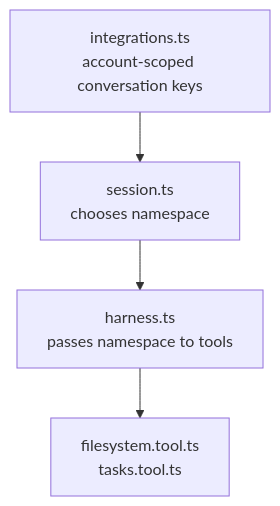
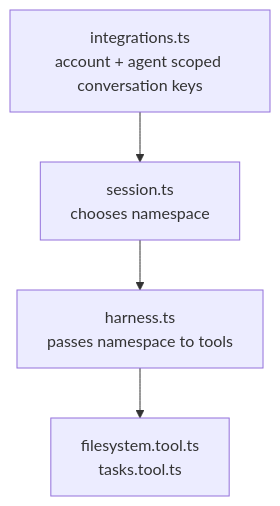
The sixth of 6 diagrams in docs/memory-and-session.md (beeblastco/broods), drawn with Mermaid before and after one commit. The commit also changed other lines of this file and 36 other files, not shown here.

First line of the commit message:
feat: add account-scoped agents and skills

````diff
--- a/docs/memory-and-session.md
+++ b/docs/memory-and-session.md
@@ -134,6 +135,6 @@
 ```mermaid
 flowchart TD
-  Integrations["integrations.ts<br/>account-scoped conversation keys"] --> Session["session.ts<br/>chooses namespace"]
+  Integrations["integrations.ts<br/>account + agent scoped conversation keys"] --> Session["session.ts<br/>chooses namespace"]
   Session --> Harness["harness.ts<br/>passes namespace to tools"]
   Harness --> Tools["filesystem.tool.ts<br/>tasks.tool.ts"]
 ```
````
